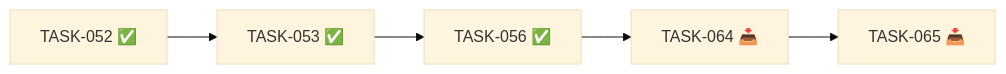
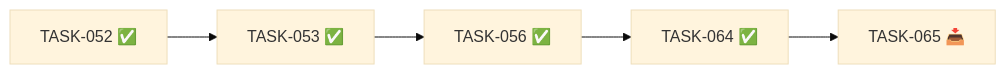
Before and after one commit to villarrealfx/fx_trad: the diagram in _docs/iterations/02-optimizacion-descarga/status.md, drawn with Mermaid (base theme). The commit also changed other lines of this file and 2 other files, not shown here.

Commit message:
docs: cierra TASK-064 en status, trazabilidad e interfaces

````diff
--- a/_docs/iterations/02-optimizacion-descarga/status.md
+++ b/_docs/iterations/02-optimizacion-descarga/status.md
@@ -72,7 +72,7 @@
 ```mermaid
 graph LR
   T052[TASK-052 ✅] --> T053[TASK-053 ✅]
   T053 --> T056[TASK-056 ✅]
-  T056 --> T064[TASK-064 📥]
+  T056 --> T064[TASK-064 ✅]
   T064 --> T065[TASK-065 📥]
 ```
````
